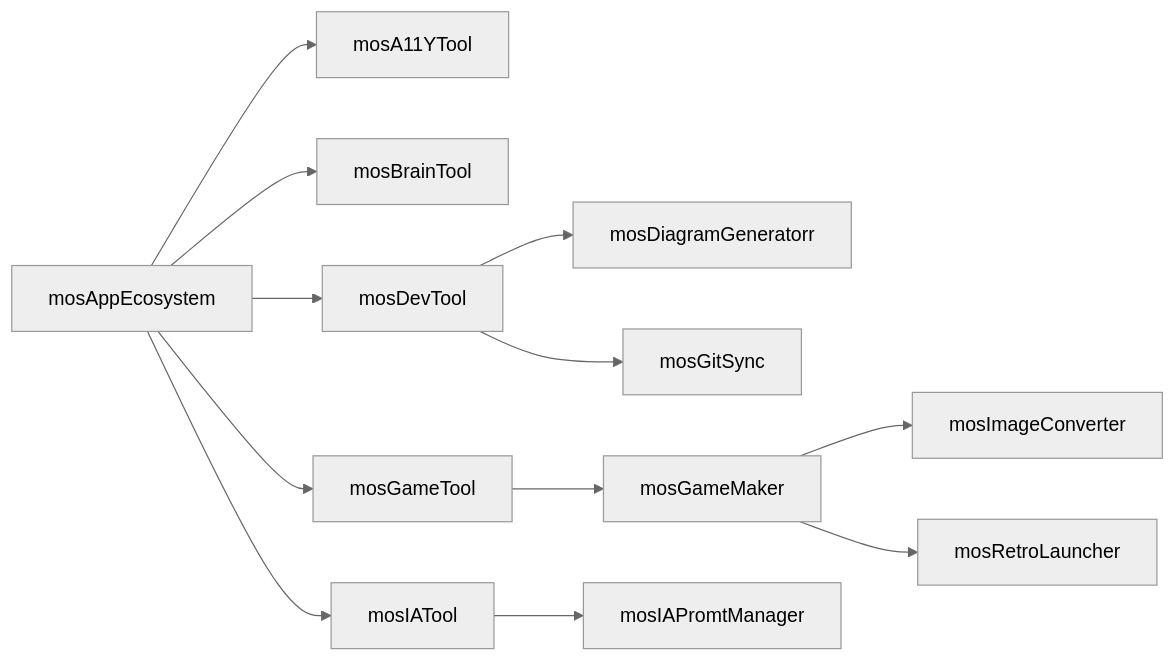
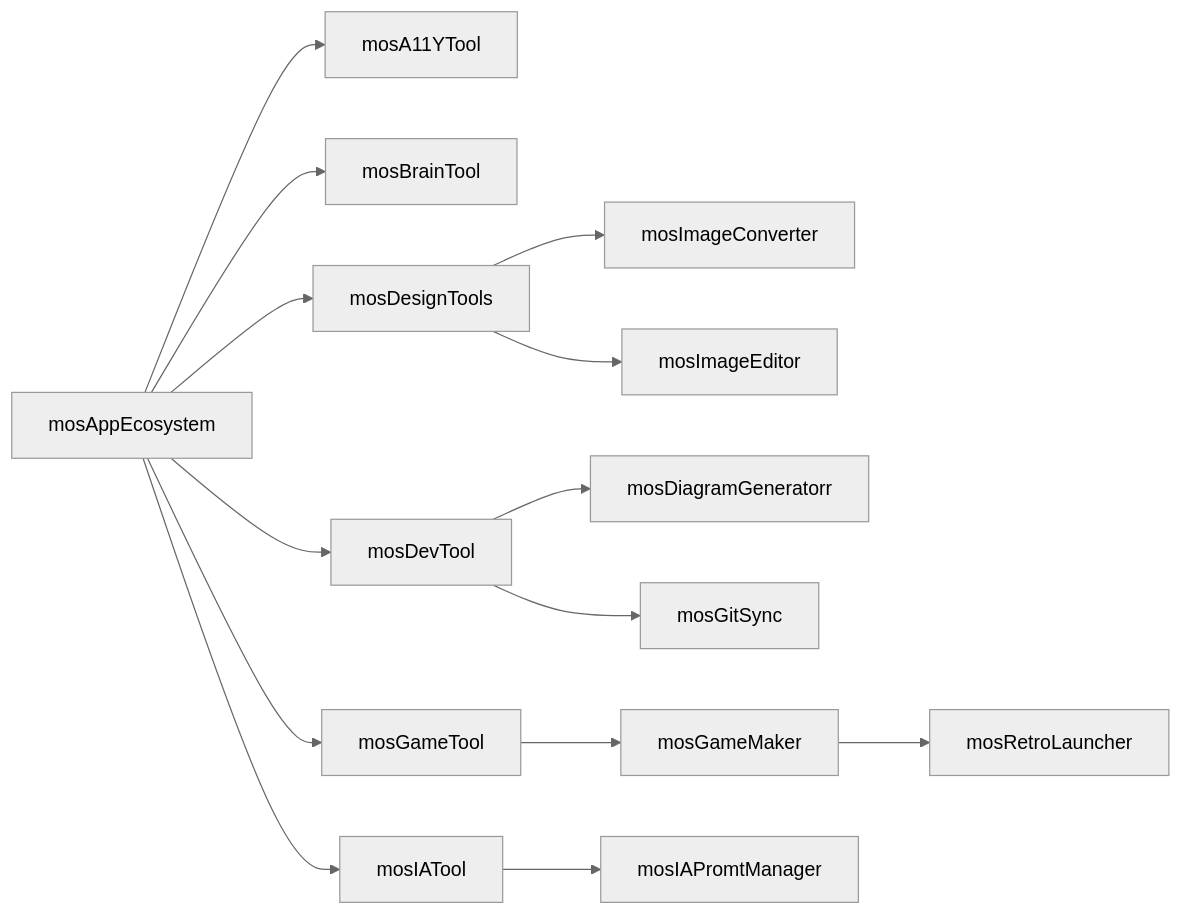
Before and after one commit to metsuke/23-MetsuOS-PublicBrain: the fifth of 5 diagrams in Apps.md, drawn with Mermaid (neutral theme). The commit also changed other lines of this file and 12 other files, not shown here.

````diff
--- a/Apps.md
+++ b/Apps.md
@@ -303,15 +306,21 @@
 ```mermaid
 graph LR
     N[mosAppEcosystem]
     N --> O[mosA11YTool]
     N --> P[mosBrainTool]
+    N --> Y[mosDesignTools]
     N --> Q[mosDevTool]
+    N --> S[mosGameTool]
+    N --> W[mosIATool]
+
+    Y --> T[mosImageConverter]
+    Y --> Z[mosImageEditor]
+
     Q --> A[mosDiagramGeneratorr]
     Q --> R[mosGitSync]
-    N --> S[mosGameTool]
-    V --> T[mosImageConverter]
+
+    S --> V[mosGameMaker]
     V --> U[mosRetroLauncher]
-    S --> V[mosGameMaker]    
-    N --> W[mosIATool]
+
     W --> X[mosIAPromtManager]
 ```
````
